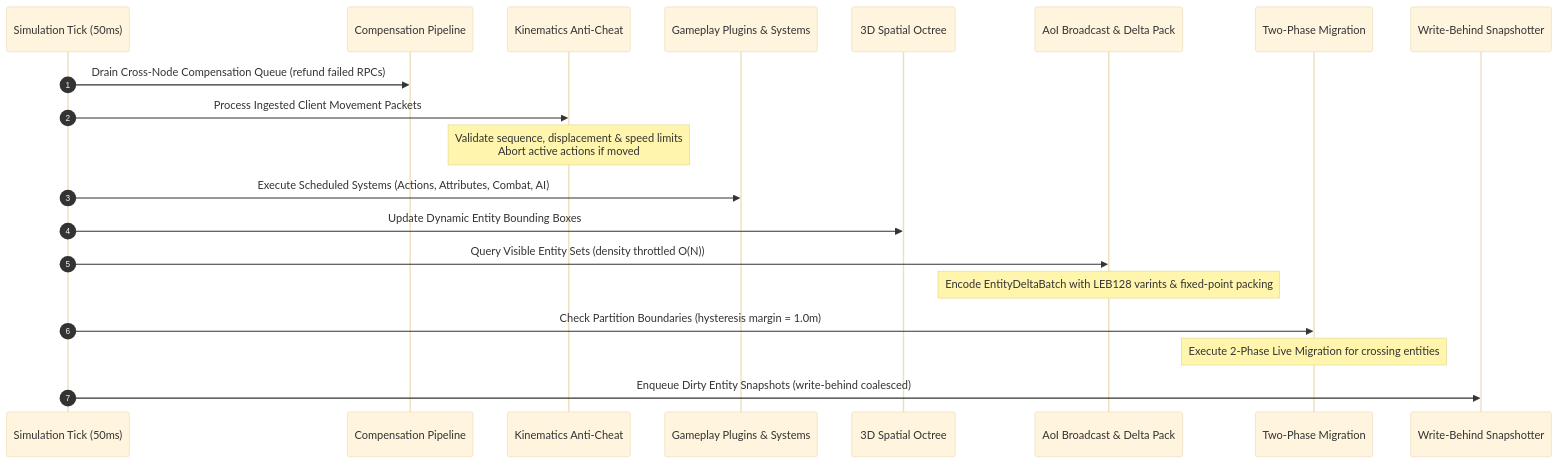
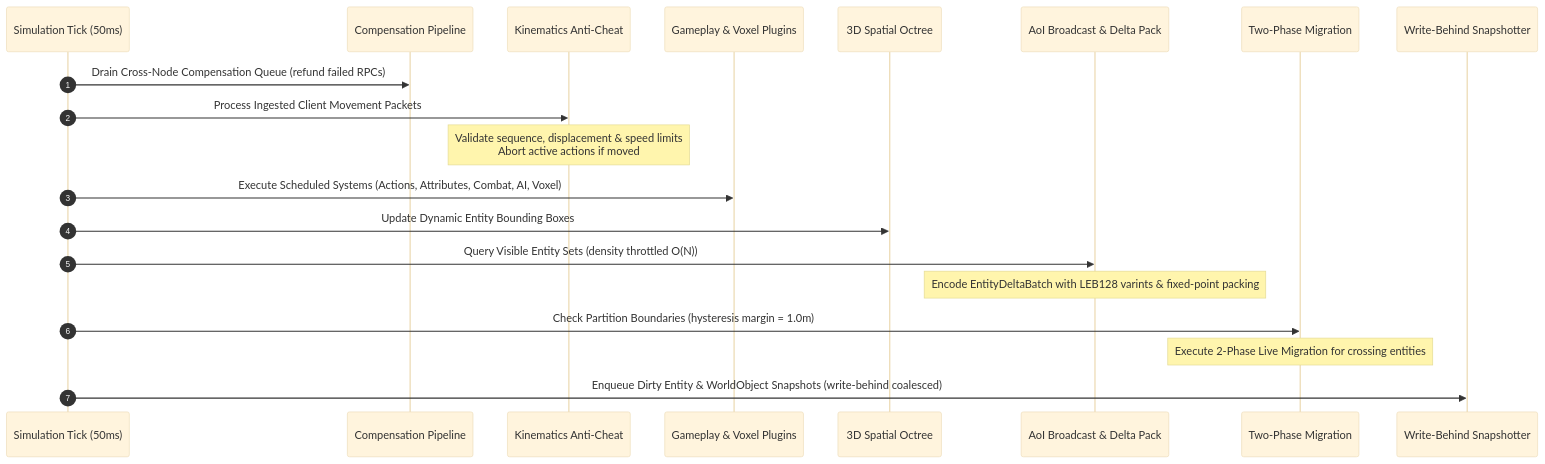
The second of 3 diagrams in ARCHITECTURE.md (Jakousa/rust-server), drawn with Mermaid (base theme) before and after one commit. The commit also changed other lines of this file and 44 other files, not shown here.

````diff
--- a/ARCHITECTURE.md
+++ b/ARCHITECTURE.md
@@ -54,23 +55,23 @@
 ```mermaid
 sequenceDiagram
     autonumber
     participant Sim as Simulation Tick (50ms)
     participant Pipe as Compensation Pipeline
     participant Kin as Kinematics Anti-Cheat
-    participant Plugin as Gameplay Plugins & Systems
+    participant Plugin as Gameplay & Voxel Plugins
     participant Octree as 3D Spatial Octree
     participant AoI as AoI Broadcast & Delta Pack
     participant Mig as Two-Phase Migration
     participant DB as Write-Behind Snapshotter
 
     Sim->>Pipe: Drain Cross-Node Compensation Queue (refund failed RPCs)
     Sim->>Kin: Process Ingested Client Movement Packets
     Note over Kin: Validate sequence, displacement & speed limits<br/>Abort active actions if moved
-    Sim->>Plugin: Execute Scheduled Systems (Actions, Attributes, Combat, AI)
+    Sim->>Plugin: Execute Scheduled Systems (Actions, Attributes, Combat, AI, Voxel)
     Sim->>Octree: Update Dynamic Entity Bounding Boxes
     Sim->>AoI: Query Visible Entity Sets (density throttled O(N))
     Note over AoI: Encode EntityDeltaBatch with LEB128 varints & fixed-point packing
     Sim->>Mig: Check Partition Boundaries (hysteresis margin = 1.0m)
     Note over Mig: Execute 2-Phase Live Migration for crossing entities
-    Sim->>DB: Enqueue Dirty Entity Snapshots (write-behind coalesced)
+    Sim->>DB: Enqueue Dirty Entity & WorldObject Snapshots (write-behind coalesced)
 ```
````
